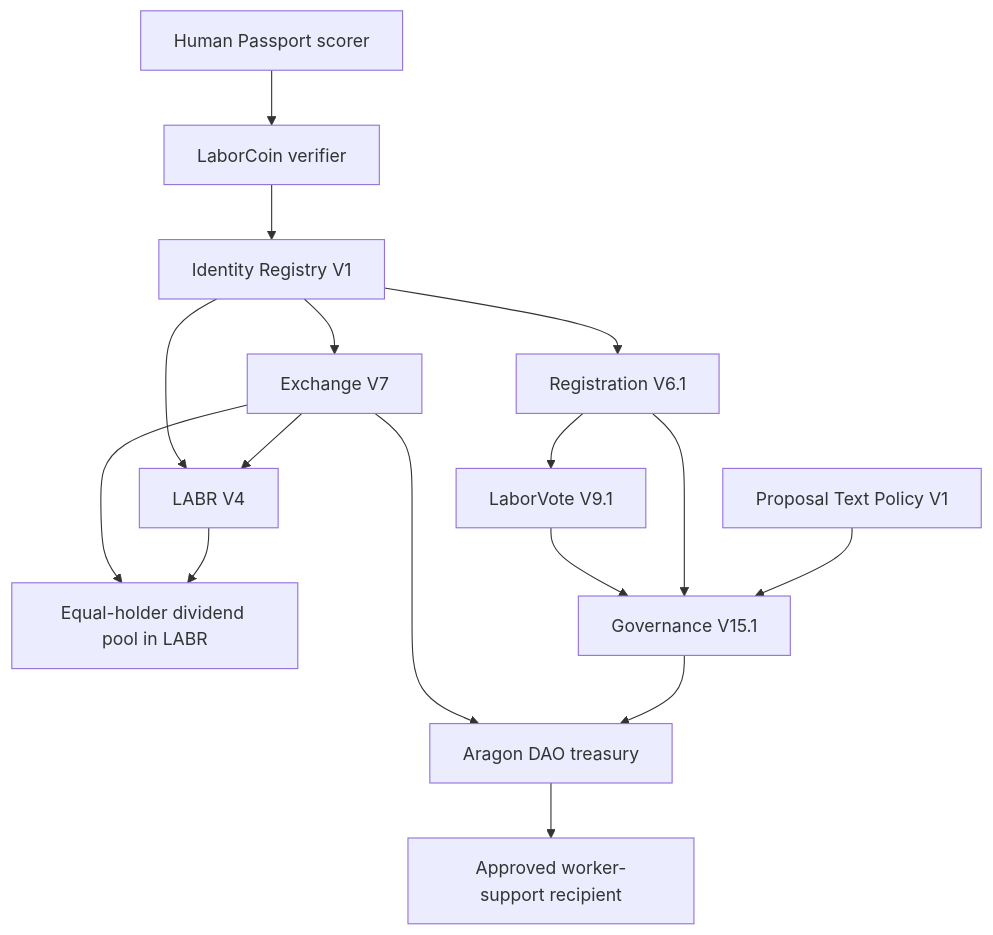
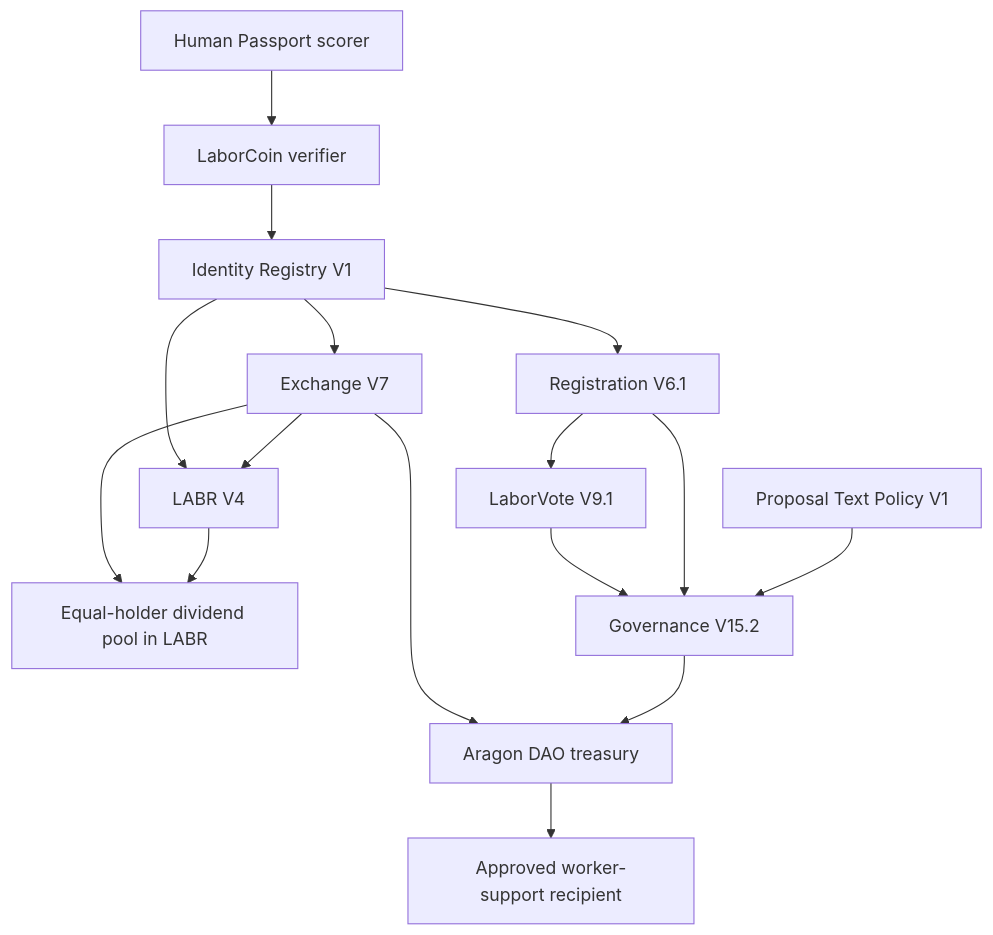
The first of 2 diagrams in docs/architecture.md (LaborCoinCreator/LaborCoin), drawn with Mermaid before and after one commit. The commit also changed other lines of this file and 26 other files, not shown here.

````diff
--- a/docs/architecture.md
+++ b/docs/architecture.md
@@ -9,18 +9,18 @@
 ```mermaid
 flowchart TD
     Passport[Human Passport scorer] --> Verifier[LaborCoin verifier]
     Verifier --> Identity[Identity Registry V1]
     Identity --> LABR[LABR V4]
     Identity --> Exchange[Exchange V7]
     Identity --> Registration[Registration V6.1]
     Exchange --> LABR
     Exchange --> DAO[Aragon DAO treasury]
     Exchange --> Dividends[Equal-holder dividend pool in LABR]
     LABR --> Dividends
     Registration --> LABRV[LaborVote V9.1]
-    LABRV --> Governance[Governance V15.1]
+    LABRV --> Governance[Governance V15.2]
     Registration --> Governance
     Policy[Proposal Text Policy V1] --> Governance
     Governance --> DAO
     DAO --> Recipient[Approved worker-support recipient]
 ```
````
